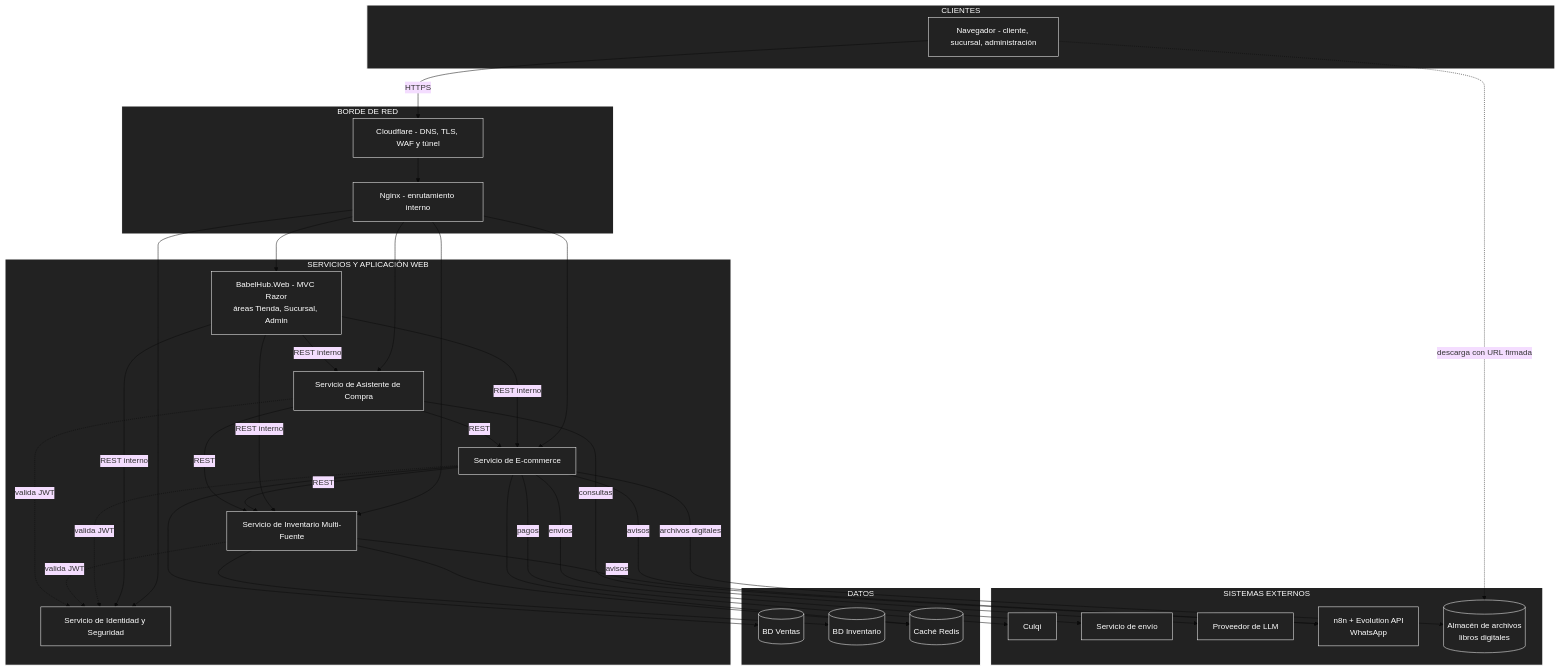
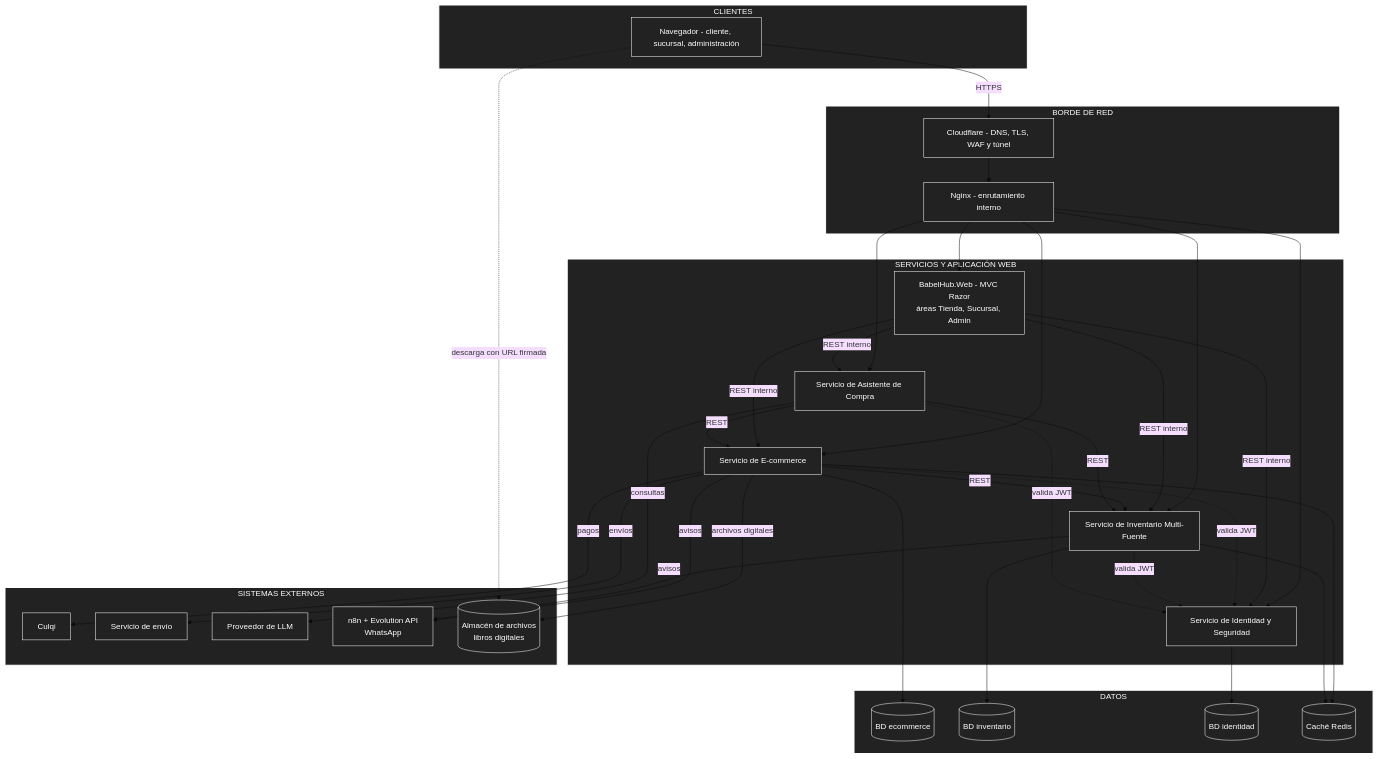
Before and after one commit to P35C4D0R4B1050/BabelHub: the diagram in docs/02-arquitectura-de-software/03-estilo-arquitectonico.md, drawn with Mermaid (base theme). The commit also changed other lines of this file and 24 other files, not shown here.

```diff
--- a/docs/02-arquitectura-de-software/03-estilo-arquitectonico.md
+++ b/docs/02-arquitectura-de-software/03-estilo-arquitectonico.md
@@ -28,8 +29,9 @@
 ASI["Servicio de Asistente de Compra"]
 end
 subgraph DATOS["DATOS"]
-BDV[("BD Ventas")]
-BDI[("BD Inventario")]
+BDV[("BD ecommerce")]
+BDI[("BD inventario")]
+BDD[("BD identidad")]
 RED[("Caché Redis")]
 end
 subgraph EXTERNOS["SISTEMAS EXTERNOS"]
@@ -61,6 +63,7 @@
 
 ECO --> BDV
 INV --> BDI
+IDE --> BDD
 ECO --> RED
 INV --> RED
 
@@ -89,6 +92,7 @@
 style ASI fill:#222,stroke:#fff,color:#fff
 style BDV fill:#222,stroke:#fff,color:#fff
 style BDI fill:#222,stroke:#fff,color:#fff
+style BDD fill:#222,stroke:#fff,color:#fff
 style RED fill:#222,stroke:#fff,color:#fff
 style PAG fill:#222,stroke:#fff,color:#fff
 style ENV fill:#222,stroke:#fff,color:#fff
```
